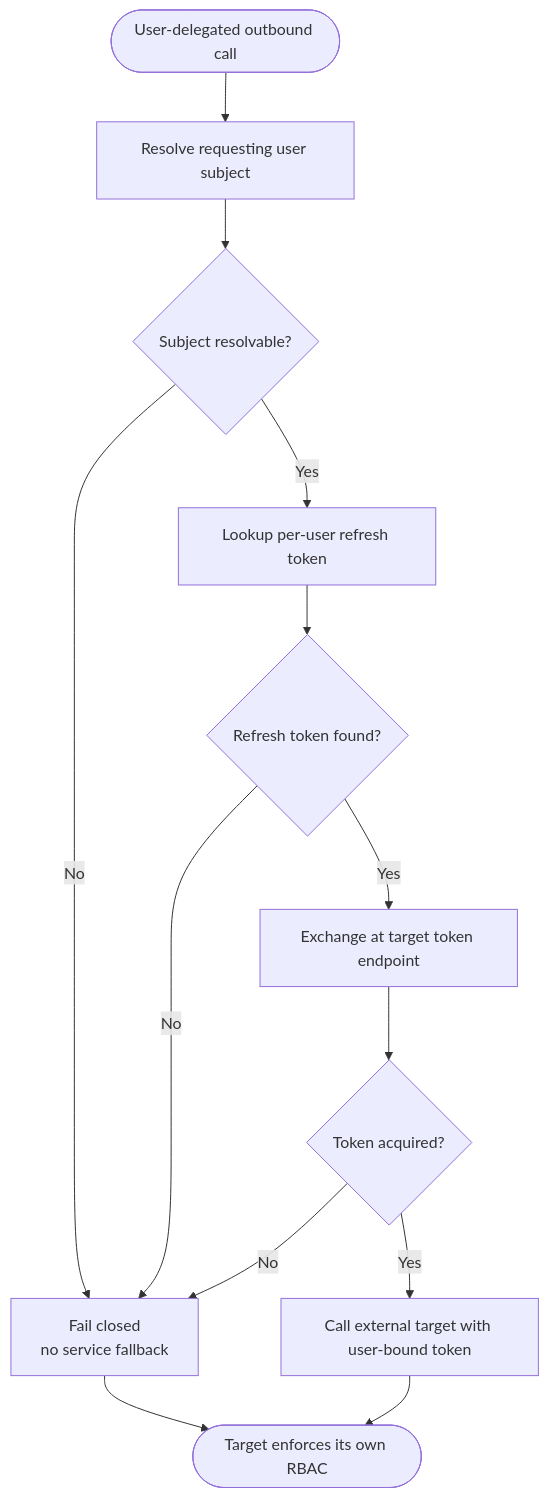
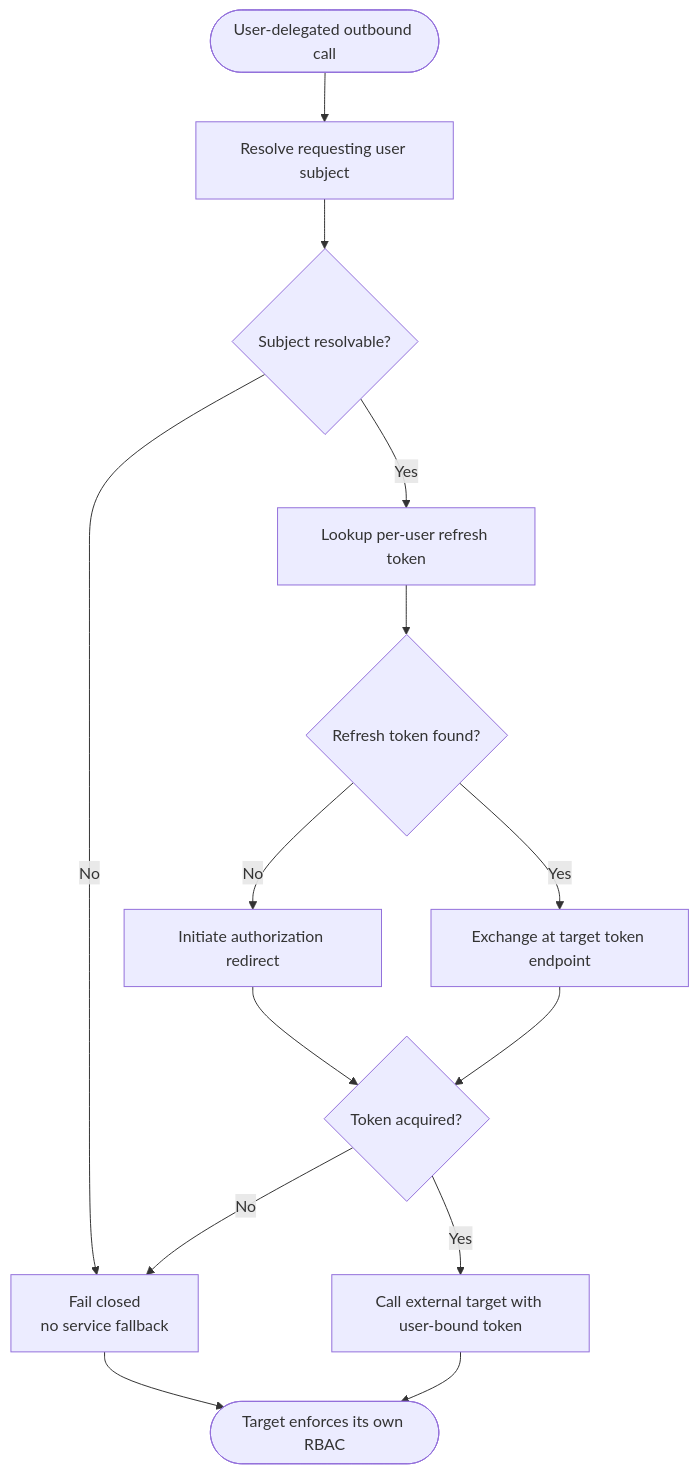
One commit to metasync/luban-aiops changed the third of 6 diagrams in .qoder/repowiki/en/content/Platform Overview/ADR-0015_ Outbound User-Delegated Identity via Per-User OAuth.md. Above: the diagram before and after it, drawn with Mermaid. The commit also changed other lines of this file and 24 other files, not shown here.

````diff
--- a/.qoder/repowiki/en/content/Platform Overview/ADR-0015_ Outbound User-Delegated Identity via Per-User OAuth.md
+++ b/.qoder/repowiki/en/content/Platform Overview/ADR-0015_ Outbound User-Delegated Identity via Per-User OAuth.md
@@ -125,15 +151,16 @@
 ```mermaid
 flowchart TD
 Start(["User-delegated outbound call"]) --> ResolveSubject["Resolve requesting user subject"]
 ResolveSubject --> SubjectFound{"Subject resolvable?"}
 SubjectFound --> |No| FailClosed["Fail closed<br/>no service fallback"]
 SubjectFound --> |Yes| LookupRefresh["Lookup per-user refresh token"]
 LookupRefresh --> FoundRefresh{"Refresh token found?"}
-FoundRefresh --> |No| FailClosed
+FoundRefresh --> |No| AuthRedirect["Initiate authorization redirect"]
+AuthRedirect --> TokenOK{"Token acquired?"}
 FoundRefresh --> |Yes| Exchange["Exchange at target token endpoint"]
-Exchange --> TokenOK{"Token acquired?"}
+Exchange --> TokenOK
 TokenOK --> |No| FailClosed
 TokenOK --> |Yes| CallTarget["Call external target with user-bound token"]
 CallTarget --> End(["Target enforces its own RBAC"])
 FailClosed --> End
 ```
````
